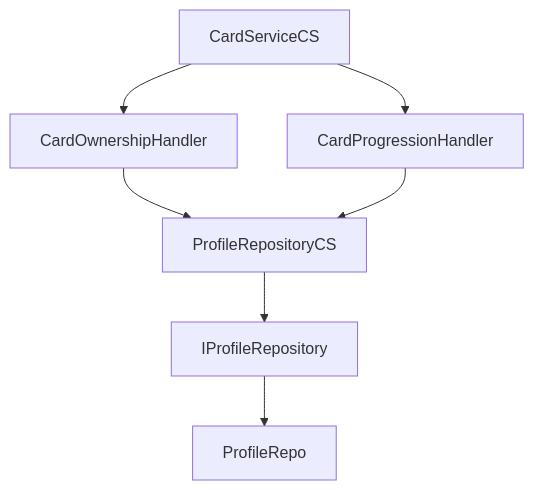
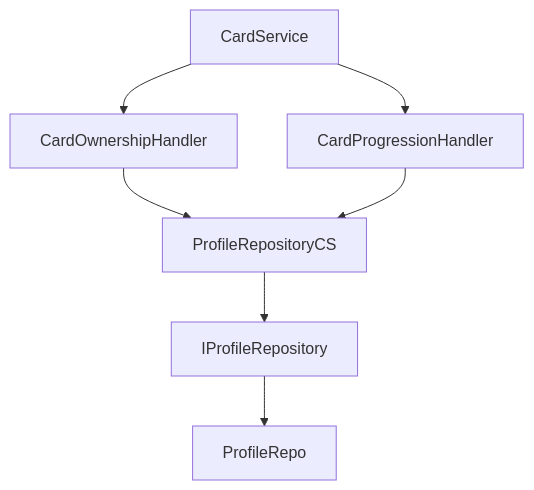
Before and after one commit to amari-charles/project-summoner: the fourth of 5 diagrams in docs/workflows/mermaid-diagram-guidelines.md, drawn with Mermaid. The commit also changed other lines of this file and 73 other files, not shown here.

````diff
--- a/docs/workflows/mermaid-diagram-guidelines.md
+++ b/docs/workflows/mermaid-diagram-guidelines.md
@@ -166,9 +166,9 @@
 ```mermaid
 flowchart TB
-    CardServiceCS --> CardOwnershipHandler
-    CardServiceCS --> CardProgressionHandler
+    CardService --> CardOwnershipHandler
+    CardService --> CardProgressionHandler
     CardOwnershipHandler --> ProfileRepositoryCS
     CardProgressionHandler --> ProfileRepositoryCS
     ProfileRepositoryCS --> IProfileRepository
     IProfileRepository --> ProfileRepo
 ```
````
